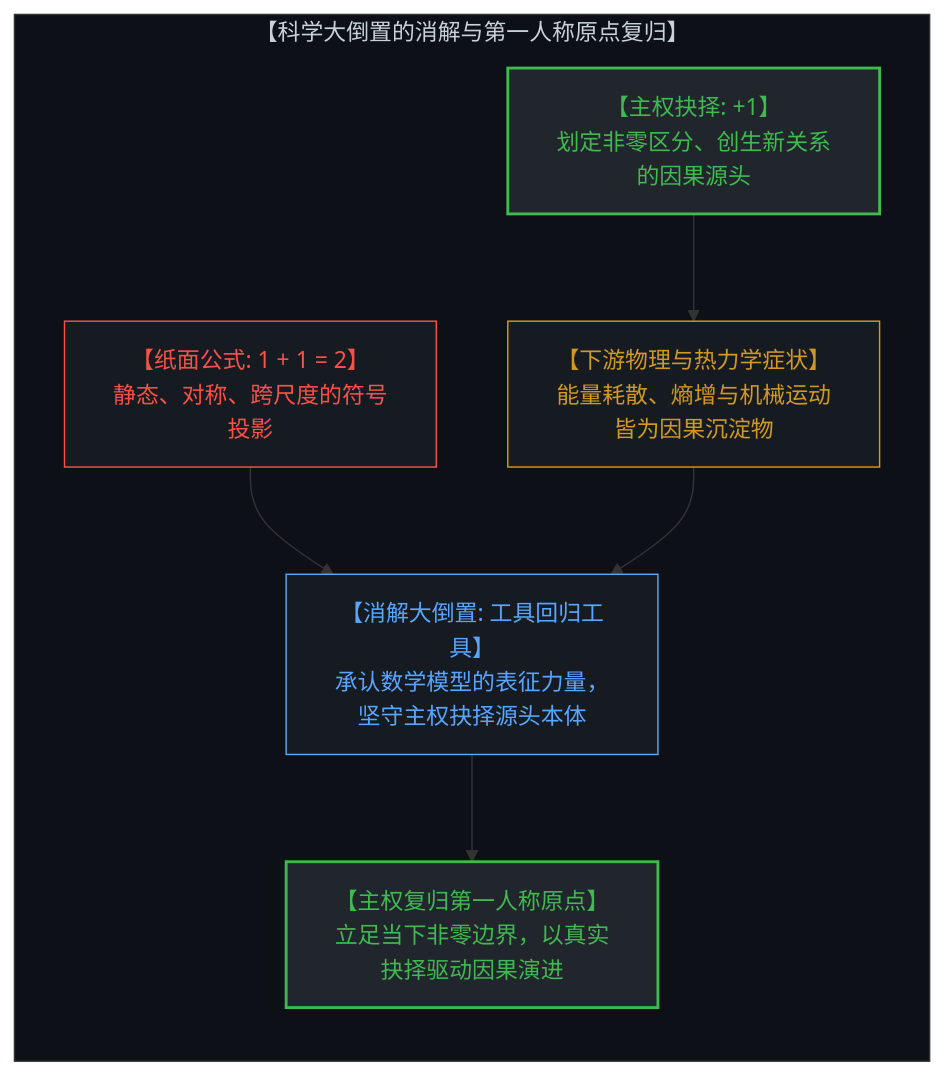
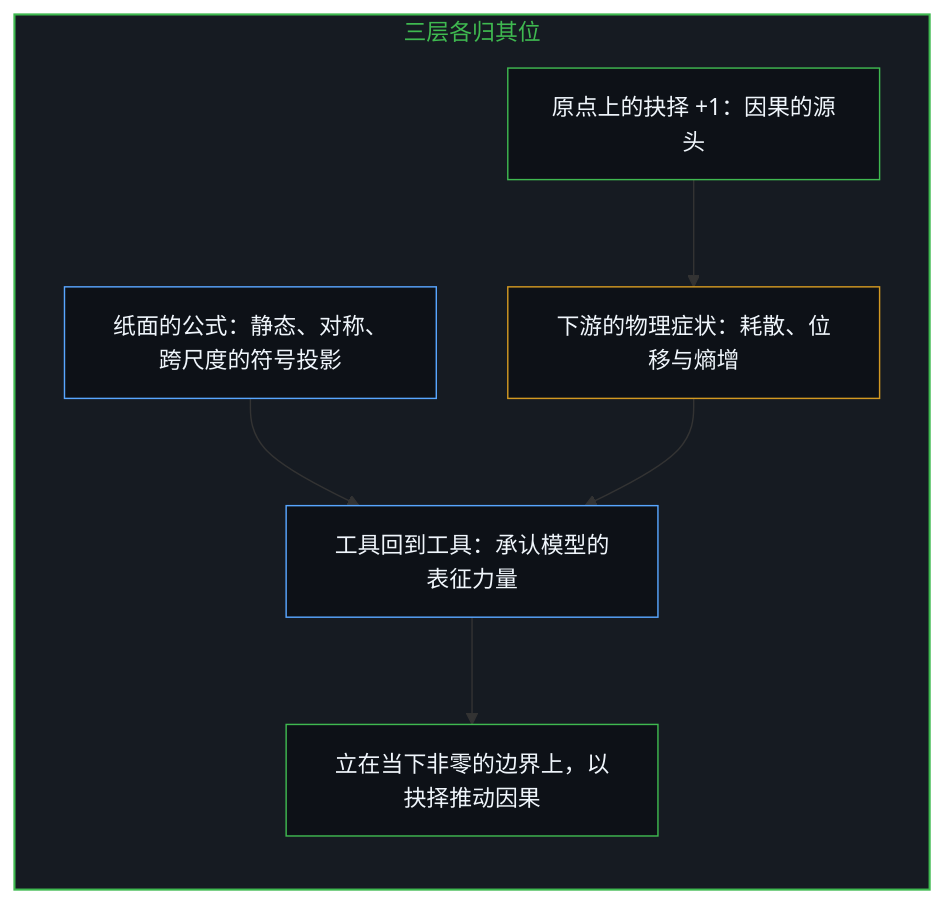
One commit to powerpig99/not-a-toe changed diagram 11 of 12 in content/posts/the-illusion-of-the-tool-and-the-inversion-of-time.md. Above: the diagram before and after it, drawn with Mermaid. The commit also changed other lines of this file and 2 other files, not shown here.

Commit message:
Refine the-illusion-of-the-tool: alternating bilingual layout, six paired diagrams, continuity as the coherence of causality, implicit first person

````diff
--- a/content/posts/the-illusion-of-the-tool-and-the-inversion-of-time.md
+++ b/content/posts/the-illusion-of-the-tool-and-the-inversion-of-time.md
@@ -299,21 +289,22 @@
 ```mermaid
-graph TD
-    subgraph TheGreatReversalResolution["【科学大倒置的消解与第一人称原点复归】"]
+flowchart TD
+    subgraph S_Return["三层各归其位"]
         direction TB
-        PaperTautology["【纸面公式: 1 + 1 = 2】<br>静态、对称、跨尺度的符号投影"]
-        LivingIntervention["【主权抉择: +1】<br>划定非零区分、创生新关系的因果源头"]
-        DownstreamPhysicalSymptoms["【下游物理与热力学症状】<br>能量耗散、熵增与机械运动皆为因果沉淀物"]
-        ReversalDissolved["【消解大倒置: 工具回归工具】<br>承认数学模型的表征力量，坚守主权抉择源头本体"]
-        SovereigntyReclaimed["【主权复归第一人称原点】<br>立足当下非零边界，以真实抉择驱动因果演进"]
-        LivingIntervention --> DownstreamPhysicalSymptoms
-        PaperTautology --> ReversalDissolved
-        DownstreamPhysicalSymptoms --> ReversalDissolved
-        ReversalDissolved --> SovereigntyReclaimed
+        Paper["纸面的公式：静态、对称、跨尺度的符号投影"]
+        Choice["原点上的抉择 +1：因果的源头"]
+        Symptom["下游的物理症状：耗散、位移与熵增"]
+        Tool["工具回到工具：承认模型的表征力量"]
+        Stand["立在当下非零的边界上，以抉择推动因果"]
+        Choice --> Symptom
+        Paper --> Tool
+        Symptom --> Tool
+        Tool --> Stand
     end
-    style TheGreatReversalResolution fill:#0d1117,stroke:#30363d,stroke-width:1px,color:#c9d1d9
-    style PaperTautology fill:#161b22,stroke:#f85149,stroke-width:1px,color:#f85149
-    style LivingIntervention fill:#21262d,stroke:#3fb950,stroke-width:2px,color:#3fb950
-    style DownstreamPhysicalSymptoms fill:#161b22,stroke:#d29922,stroke-width:1px,color:#d29922
-    style ReversalDissolved fill:#161b22,stroke:#58a6ff,stroke-width:1px,color:#58a6ff
-    style SovereigntyReclaimed fill:#21262d,stroke:#3fb950,stroke-width:2px,color:#3fb950
+
+    style S_Return fill:#161b22,stroke:#3fb950,stroke-width:1.5px,color:#3fb950
+    style Paper fill:#0d1117,stroke:#58a6ff,stroke-width:1px,color:#f0f6fc
+    style Choice fill:#0d1117,stroke:#3fb950,stroke-width:1px,color:#f0f6fc
+    style Symptom fill:#0d1117,stroke:#d29922,stroke-width:1px,color:#f0f6fc
+    style Tool fill:#0d1117,stroke:#58a6ff,stroke-width:1px,color:#f0f6fc
+    style Stand fill:#0d1117,stroke:#3fb950,stroke-width:1px,color:#f0f6fc
 ```
````
